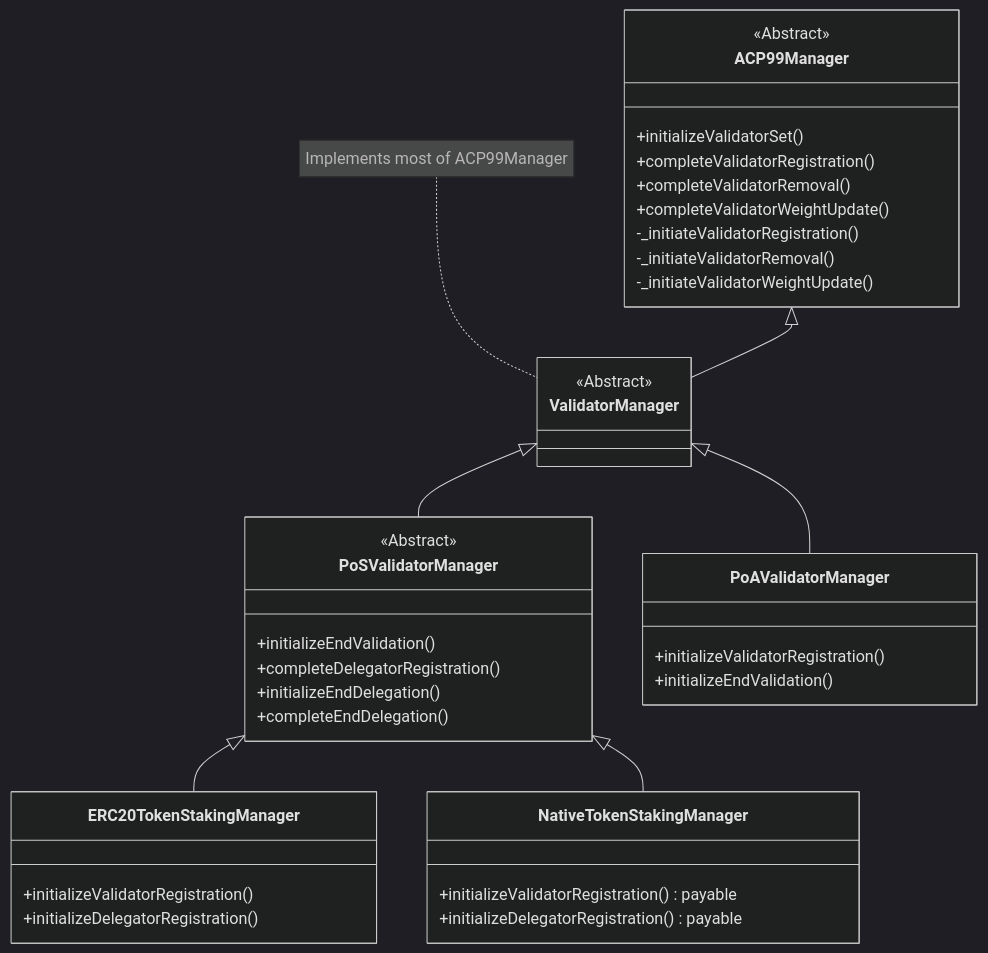
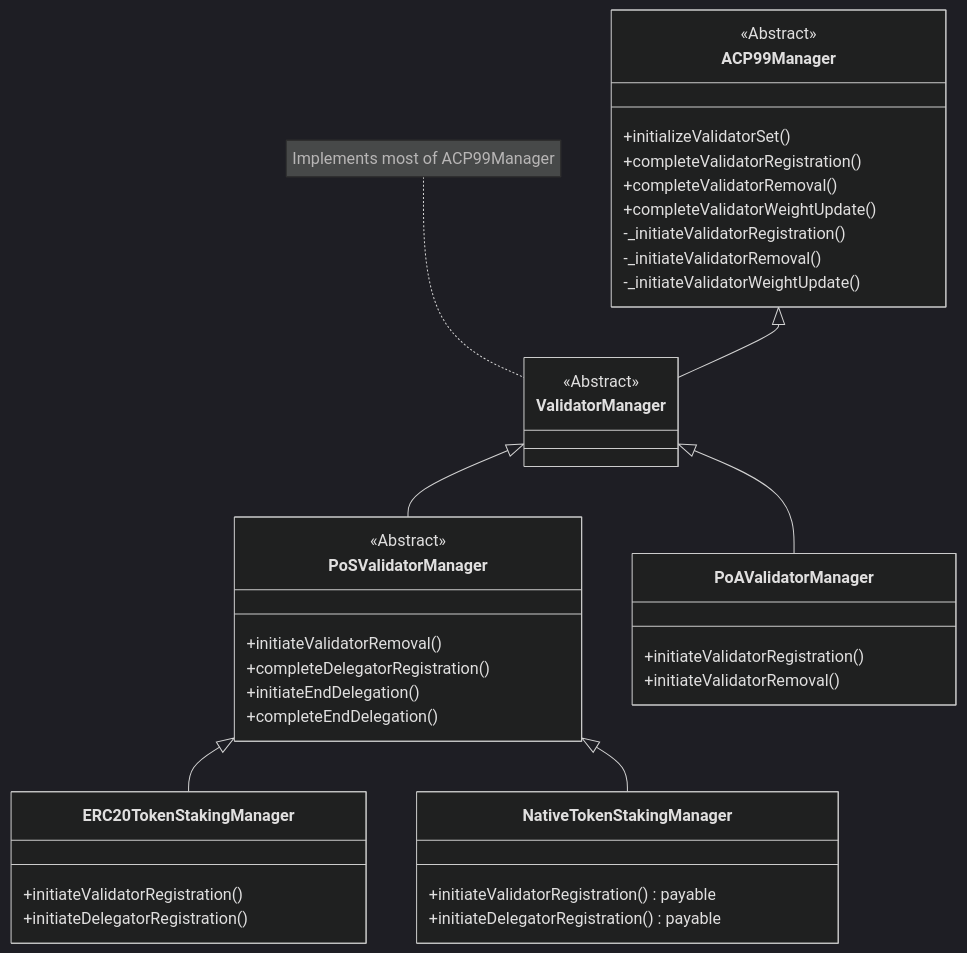
One commit to quantum-smith427t6/icm-contracts changed the diagram in contracts/validator-manager/README.md. Above: the diagram before and after it, drawn with Mermaid (dark theme). The commit also changed other lines of this file and 15 other files, not shown here.

Commit message:
rename initialize methods to initiate

````diff
--- a/contracts/validator-manager/README.md
+++ b/contracts/validator-manager/README.md
@@ -5,43 +5,43 @@
 ```mermaid
 classDiagram
 class ACP99Manager {
     +initializeValidatorSet()
     +completeValidatorRegistration()
     +completeValidatorRemoval()
     +completeValidatorWeightUpdate()
     -_initiateValidatorRegistration()
     -_initiateValidatorRemoval()
     -_initiateValidatorWeightUpdate()
 }
 <<Abstract>> ACP99Manager
 
 class ValidatorManager 
 <<Abstract>> ValidatorManager
 note for ValidatorManager "Implements most of ACP99Manager"
 
 class PoSValidatorManager {
-    +initializeEndValidation()
+    +initiateValidatorRemoval()
     +completeDelegatorRegistration()
-    +initializeEndDelegation()
+    +initiateEndDelegation()
     +completeEndDelegation()
 }
 <<Abstract>> PoSValidatorManager
 class ERC20TokenStakingManager {
-    +initializeValidatorRegistration()
-    +initializeDelegatorRegistration()
+    +initiateValidatorRegistration()
+    +initiateDelegatorRegistration()
 }
 class NativeTokenStakingManager {
-    +initializeValidatorRegistration() payable
-    +initializeDelegatorRegistration() payable
+    +initiateValidatorRegistration() payable
+    +initiateDelegatorRegistration() payable
 }
 class PoAValidatorManager {
-    +initializeValidatorRegistration()
-    +initializeEndValidation()
+    +initiateValidatorRegistration()
+    +initiateValidatorRemoval()
 }
 
 ACP99Manager <|-- ValidatorManager
 ValidatorManager <|-- PoSValidatorManager
 ValidatorManager <|-- PoAValidatorManager
 PoSValidatorManager <|-- ERC20TokenStakingManager
 PoSValidatorManager <|-- NativeTokenStakingManager
 ```
````
